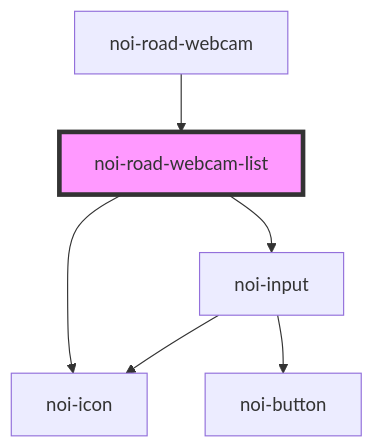
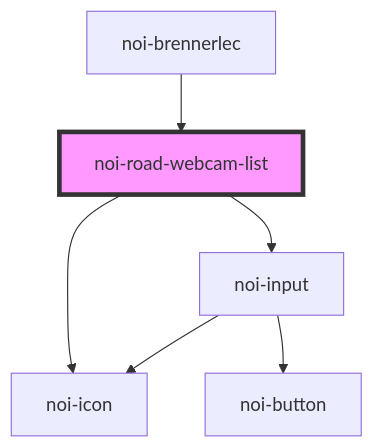
The diagram in src/road-webcam/partials/road-webcam-list/readme.md (noi-techpark/webcomponents-brennerlec), drawn with Mermaid before and after one commit. The commit also changed other lines of this file and 8 other files, not shown here.

````diff
--- a/src/road-webcam/partials/road-webcam-list/readme.md
+++ b/src/road-webcam/partials/road-webcam-list/readme.md
@@ -46,9 +46,9 @@
 ```mermaid
 graph TD;
   noi-road-webcam-list --> noi-icon
   noi-road-webcam-list --> noi-input
   noi-input --> noi-icon
   noi-input --> noi-button
-  noi-road-webcam --> noi-road-webcam-list
+  noi-brennerlec --> noi-road-webcam-list
   style noi-road-webcam-list fill:#f9f,stroke:#333,stroke-width:4px
 ```
````
